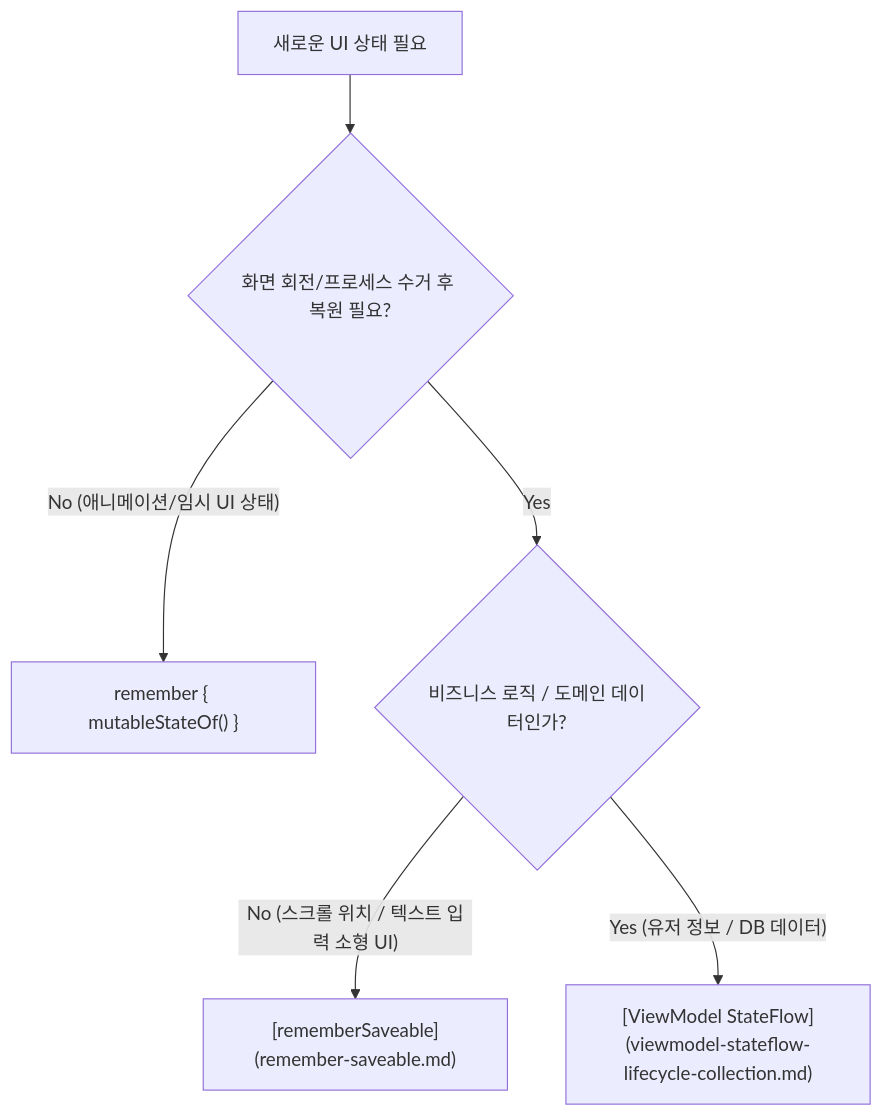
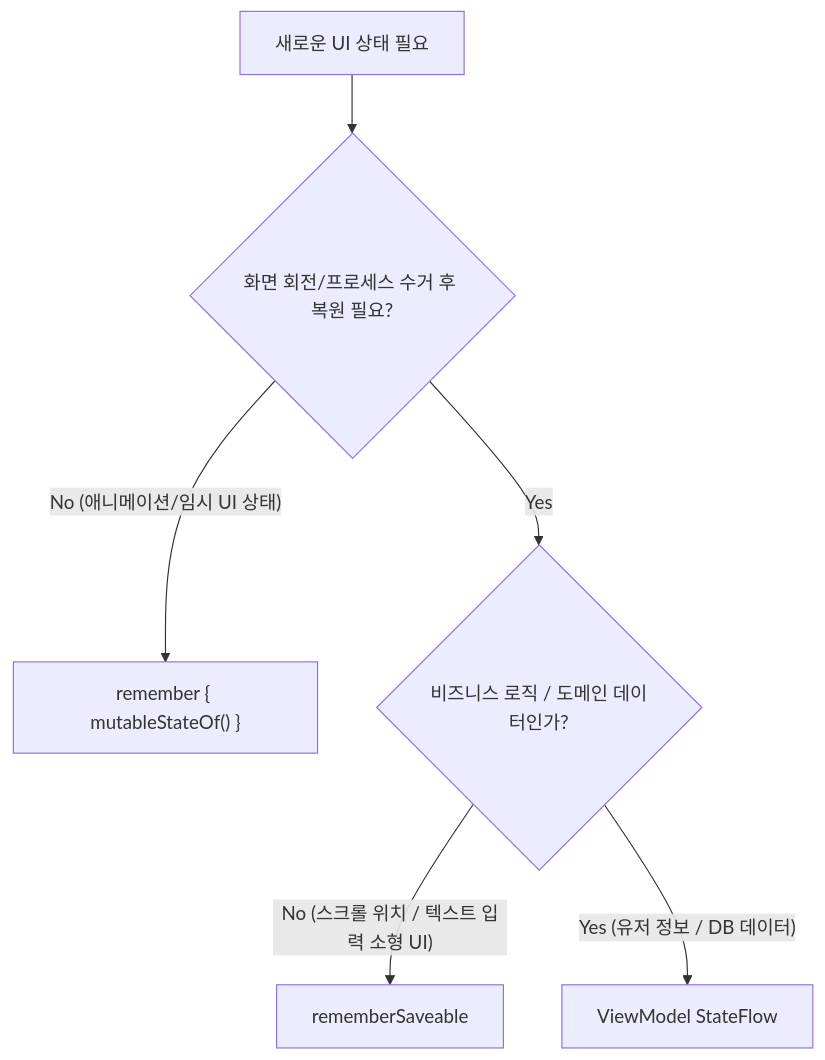
Before and after one commit to youngmin-gwon/what-i-studied: the diagram in 01_inbox/mobile/android/02_app_framework/jetpack-compose/state-and-lifecycle/compose-state-and-effect-contracts/compose-state-api-selection.md, drawn with Mermaid. The commit also changed other lines of this file and 3 other files, not shown here.

````diff
--- a/01_inbox/mobile/android/02_app_framework/jetpack-compose/state-and-lifecycle/compose-state-and-effect-contracts/compose-state-api-selection.md
+++ b/01_inbox/mobile/android/02_app_framework/jetpack-compose/state-and-lifecycle/compose-state-and-effect-contracts/compose-state-api-selection.md
@@ -26,8 +26,8 @@
 ```mermaid
 graph TD
     StateReq["새로운 UI 상태 필요"] --> Decision1{"화면 회전/프로세스 수거 후 복원 필요?"}
     Decision1 -->|"No (애니메이션/임시 UI 상태)"| Remember["remember { mutableStateOf() }"]
     Decision1 -->|"Yes"| Decision2{"비즈니스 로직 / 도메인 데이터인가?"}
-    Decision2 -->|"No (스크롤 위치 / 텍스트 입력 소형 UI)"| Saveable["[rememberSaveable](remember-saveable.md)"]
-    Decision2 -->|"Yes (유저 정보 / DB 데이터)"| VMState["[ViewModel StateFlow](viewmodel-stateflow-lifecycle-collection.md)"]
+    Decision2 -->|"No (스크롤 위치 / 텍스트 입력 소형 UI)"| Saveable["rememberSaveable"]
+    Decision2 -->|"Yes (유저 정보 / DB 데이터)"| VMState["ViewModel StateFlow"]
 ```
````
